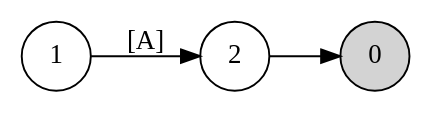
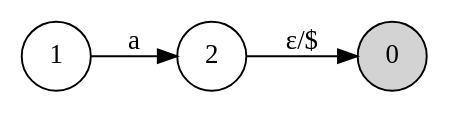
Before and after one commit to rdentato/yrx: the diagram in doc/dot/class.dot, drawn with Graphviz. The commit also changed 8 other files, not shown here.

```diff
--- a/doc/dot/class.dot
+++ b/doc/dot/class.dot
@@ -1,7 +1,7 @@
 digraph finite_state_machine {
         rankdir=LR;
         node [shape = circle];
         0 [  style= filled, label = "0"] ;
-        1 -> 2 [ label = "[A]" ] ;
-        2 -> 0 [ label = "" ] ;
+        1 -> 2 [ label = "a" ] ;
+        2 -> 0 [ label = "&epsilon;/$" ] ;
 }
```
